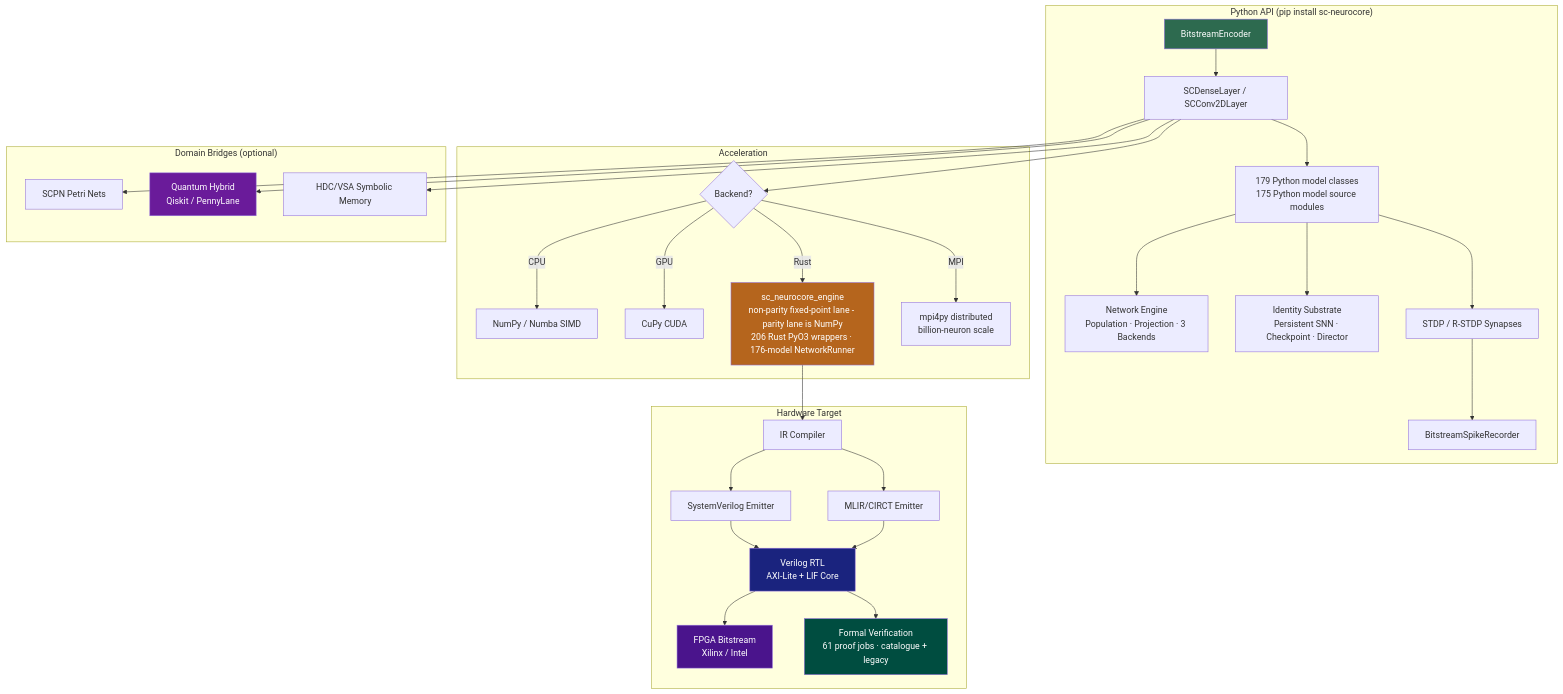
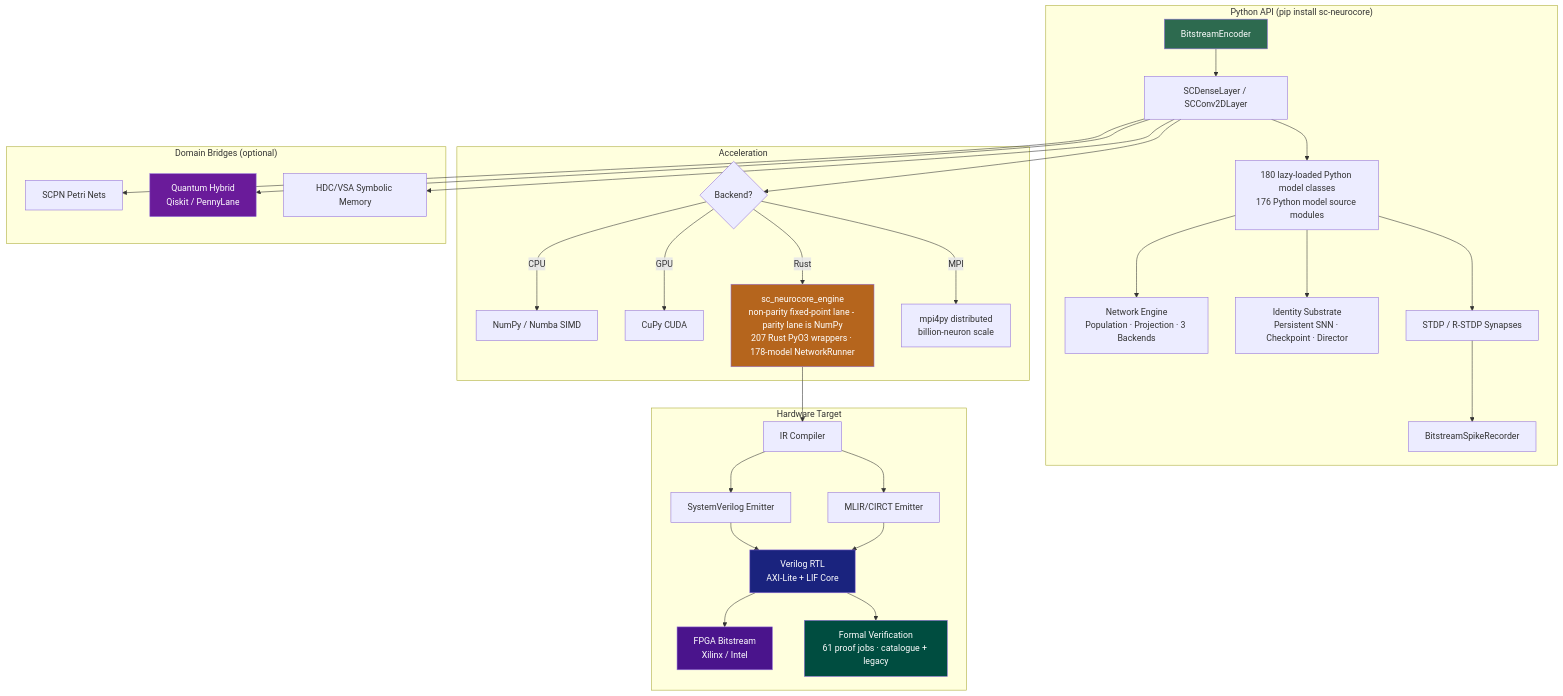
One commit to anulum/sc-neurocore changed the diagram in README.md. Above: the diagram before and after it, drawn with Mermaid. The commit also changed other lines of this file and 31 other files, not shown here.

````diff
--- a/README.md
+++ b/README.md
@@ -380,42 +380,42 @@
 ```mermaid
 graph TD
     subgraph "Python API (pip install sc-neurocore)"
         A[BitstreamEncoder] --> B[SCDenseLayer / SCConv2DLayer]
-        B --> C[179 Python model classes<br/>175 Python model source modules]
+        B --> C[180 lazy-loaded Python model classes<br/>176 Python model source modules]
         C --> NET[Network Engine<br/>Population · Projection · 3 Backends]
         C --> ID[Identity Substrate<br/>Persistent SNN · Checkpoint · Director]
         C --> D[STDP / R-STDP Synapses]
         D --> E[BitstreamSpikeRecorder]
     end
 
     subgraph "Acceleration"
         B --> F{Backend?}
         F -->|CPU| G[NumPy / Numba SIMD]
         F -->|GPU| H[CuPy CUDA]
-        F -->|Rust| I[sc_neurocore_engine<br/>non-parity fixed-point lane - parity lane is NumPy<br/>206 Rust PyO3 wrappers · 176-model NetworkRunner]
+        F -->|Rust| I[sc_neurocore_engine<br/>non-parity fixed-point lane - parity lane is NumPy<br/>207 Rust PyO3 wrappers · 178-model NetworkRunner]
         F -->|MPI| MPI[mpi4py distributed<br/>billion-neuron scale]
     end
 
     subgraph "Hardware Target"
         I --> J[IR Compiler]
         J --> K[SystemVerilog Emitter]
         J --> K2[MLIR/CIRCT Emitter]
         K --> L[Verilog RTL<br/>AXI-Lite + LIF Core]
         K2 --> L
         L --> M[FPGA Bitstream<br/>Xilinx / Intel]
         L --> V[Formal Verification<br/>61 proof jobs · catalogue + legacy]
     end
 
     subgraph "Domain Bridges (optional)"
         B --> N[SCPN Petri Nets]
         B --> O[Quantum Hybrid<br/>Qiskit / PennyLane]
         B --> P[HDC/VSA Symbolic Memory]
     end
 
     style A fill:#2d6a4f,color:#fff
     style I fill:#b5651d,color:#fff
     style L fill:#1a237e,color:#fff
     style M fill:#4a148c,color:#fff
     style O fill:#6a1b9a,color:#fff
     style V fill:#004d40,color:#fff
 ```
````
